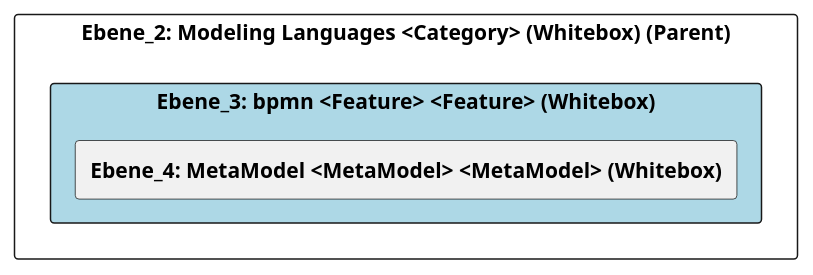
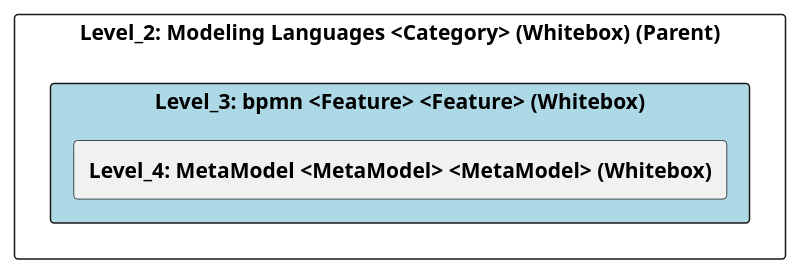
One commit to marcozwyssig/cleon changed the diagram in doc/cleonproject_deliverables_architecture_model_architecture/adoc/de/05_bausteinsicht/cleon/modeling_languages/bpmn/ebene_3_bpmn.adoc. Above: the diagram before and after it, drawn with PlantUML. The commit also changed other lines of this file and 83 other files, not shown here.

```diff
--- a/doc/cleonproject_deliverables_architecture_model_architecture/adoc/de/05_bausteinsicht/cleon/modeling_languages/bpmn/ebene_3_bpmn.adoc
+++ b/doc/cleonproject_deliverables_architecture_model_architecture/adoc/de/05_bausteinsicht/cleon/modeling_languages/bpmn/ebene_3_bpmn.adoc
@@ -20,24 +20,24 @@
-[plantuml, Ebene_3: bpmn <Feature> <Feature> (Whitebox)BlockOverview, format="svg"]
+[plantuml, Level_3: bpmn <Feature> <Feature> (Whitebox)BlockOverview, format="svg"]
 ----
-@startuml Ebene_3: bpmn <Feature> <Feature> (Whitebox)BuildingBlockOverview
+@startuml Level_3: bpmn <Feature> <Feature> (Whitebox)BuildingBlockOverview
 
 skinparam ranksep 10
 skinparam componentStyle rectangle
 skinparam shadowing false
 skinparam arrowColor lightblue
 skinparam arrowThickness 1.2
 skinparam rectangle {
   BackgroundColor White
   BorderColor #333
   RoundCorner 10
 }
 top to bottom direction
 
-component "Ebene_2: Modeling Languages <Category> (Whitebox) (Parent)" {
-    component "Ebene_3: bpmn <Feature> <Feature> (Whitebox)" #lightblue {
-        [**Ebene_4: MetaModel <MetaModel> <MetaModel> (Whitebox)**] as 4A56DE51_D579_11EE_903E_9F564E4DE07E
+component "Level_2: Modeling Languages <Category> (Whitebox) (Parent)" {
+    component "Level_3: bpmn <Feature> <Feature> (Whitebox)" #lightblue {
+        [**Level_4: MetaModel <MetaModel> <MetaModel> (Whitebox)**] as 4A56DE51_D579_11EE_903E_9F564E4DE07E
     }
 }
 
 @enduml
 ----
```
